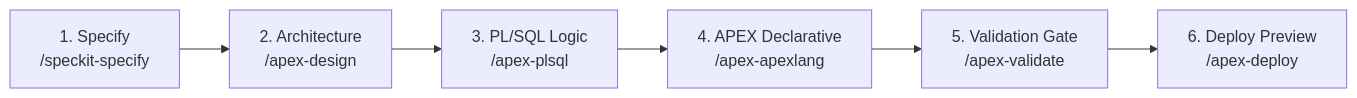
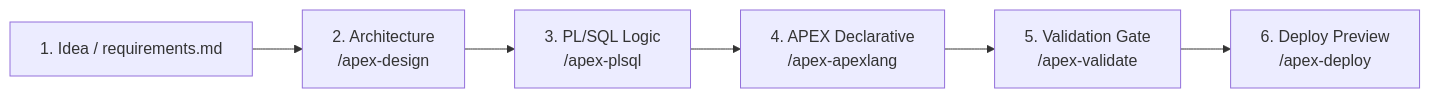
One commit to jaxontan/AP3X-1 changed the diagram in README.md. Above: the diagram before and after it, drawn with Mermaid. The commit also changed other lines of this file and 58 other files, not shown here.

````diff
--- a/README.md
+++ b/README.md
@@ -70,8 +70,8 @@
 ```mermaid
 flowchart LR
-    A["1. Specify<br/>/speckit-specify"] --> B["2. Architecture<br/>/apex-design"]
+    A["1. Idea / requirements.md"] --> B["2. Architecture<br/>/apex-design"]
     B --> C["3. PL/SQL Logic<br/>/apex-plsql"]
     C --> D["4. APEX Declarative<br/>/apex-apexlang"]
     D --> E["5. Validation Gate<br/>/apex-validate"]
     E --> F["6. Deploy Preview<br/>/apex-deploy"]
 ```
````
